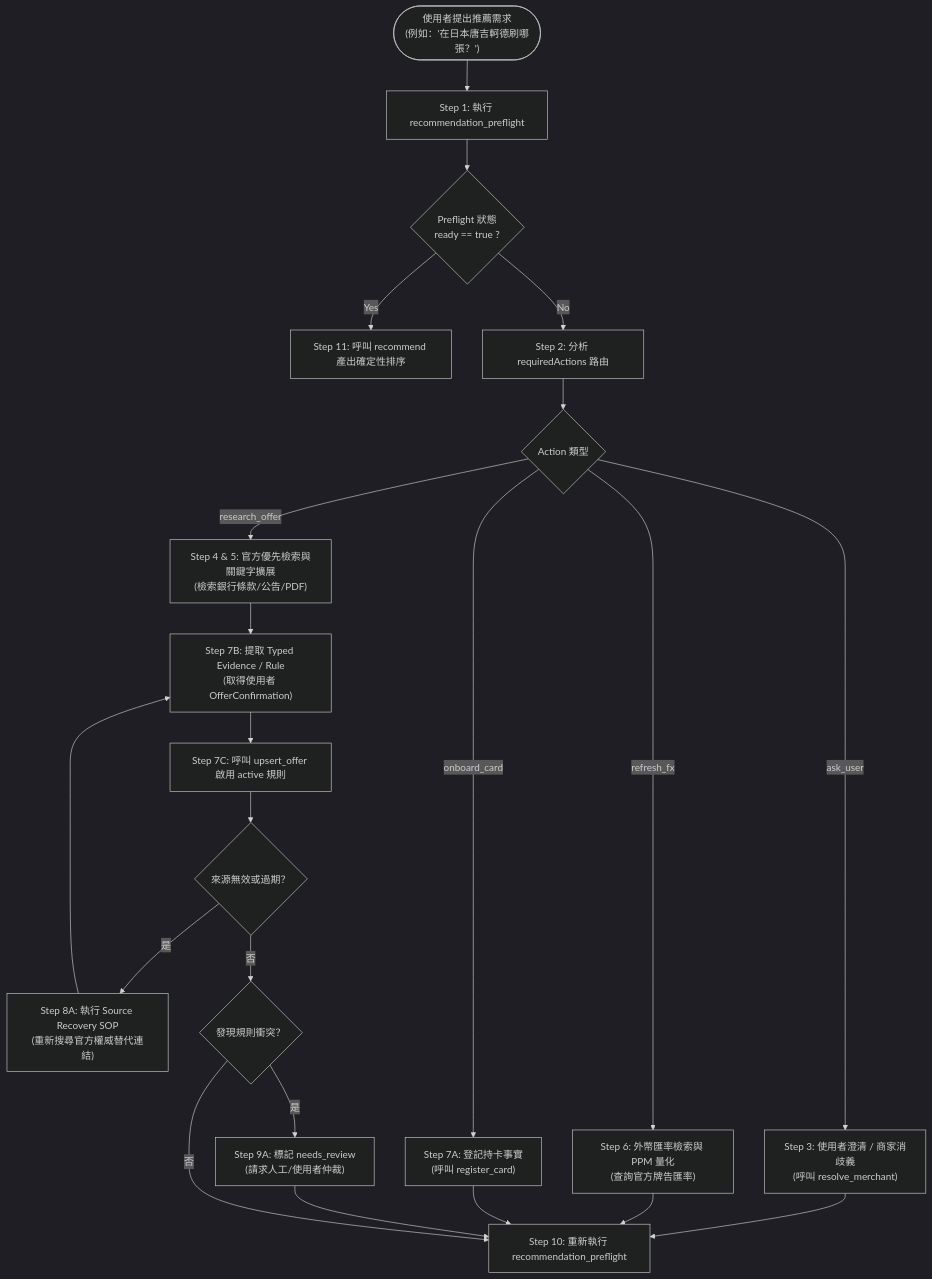
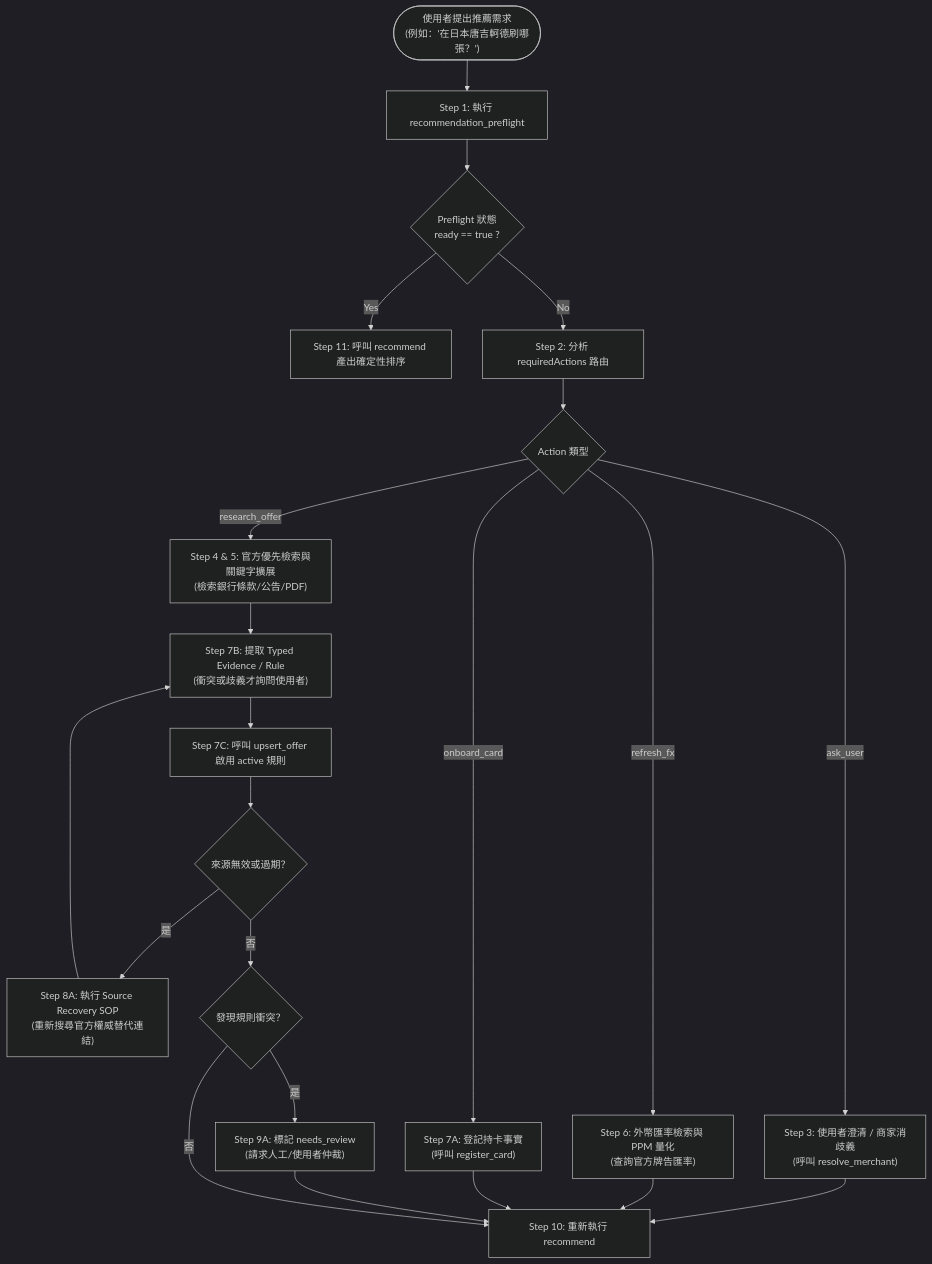
One commit to acetaxxxx/taiwan-card-rewards-mcp changed the diagram in docs/agents/agent-research-skill-and-preflight-sop.md. Above: the diagram before and after it, drawn with Mermaid (dark theme). The commit also changed other lines of this file and 4 other files, not shown here.

````diff
--- a/docs/agents/agent-research-skill-and-preflight-sop.md
+++ b/docs/agents/agent-research-skill-and-preflight-sop.md
@@ -72,29 +72,29 @@
 ```mermaid
 flowchart TD
     Start(["使用者提出推薦需求\n(例如：'在日本唐吉軻德刷哪張？')"]) --> Step1["Step 1: 執行 recommendation_preflight"]
     Step1 --> CheckReady{"Preflight 狀態\nready == true ?"}
 
     CheckReady -- Yes --> Step11["Step 11: 呼叫 recommend 產出確定性排序"]
 
     CheckReady -- No --> Step2["Step 2: 分析 requiredActions 路由"]
 
     Step2 --> ActionRouter{Action 類型}
     ActionRouter -- ask_user --> Step3["Step 3: 使用者澄清 / 商家消歧義\n(呼叫 resolve_merchant)"]
     ActionRouter -- refresh_fx --> Step6["Step 6: 外幣匯率檢索與 PPM 量化\n(查詢官方牌告匯率)"]
     ActionRouter -- research_offer --> Step4["Step 4 & 5: 官方優先檢索與關鍵字擴展\n(檢索銀行條款/公告/PDF)"]
     ActionRouter -- onboard_card --> Step7A["Step 7A: 登記持卡事實\n(呼叫 register_card)"]
 
-    Step3 --> Step10["Step 10: 重新執行 recommendation_preflight"]
+    Step3 --> Step10["Step 10: 重新執行 recommend"]
     Step6 --> Step10
     Step7A --> Step10
 
-    Step4 --> Step7B["Step 7B: 提取 Typed Evidence / Rule\n(取得使用者 OfferConfirmation)"]
+    Step4 --> Step7B["Step 7B: 提取 Typed Evidence / Rule\n(衝突或歧義才詢問使用者)"]
     Step7B --> Step7C["Step 7C: 呼叫 upsert_offer 啟用 active 規則"]
     Step7C --> Step8{"來源無效或過期？"}
     Step8 -- 是 --> Step8A["Step 8A: 執行 Source Recovery SOP\n(重新搜尋官方權威替代連結)"]
     Step8A --> Step7B
     Step8 -- 否 --> Step9{"發現規則衝突？"}
     Step9 -- 是 --> Step9A["Step 9A: 標記 needs_review\n(請求人工/使用者仲裁)"]
     Step9A --> Step10
     Step9 -- 否 --> Step10
 ```
````
